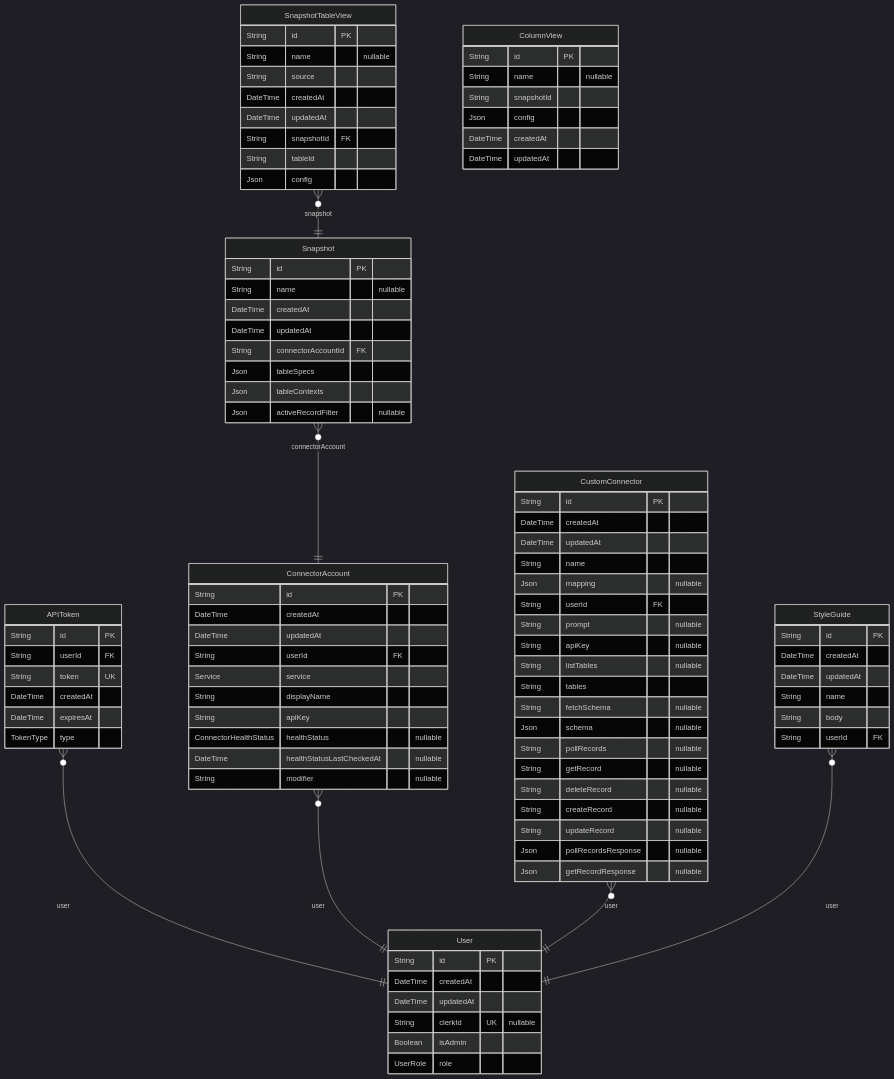
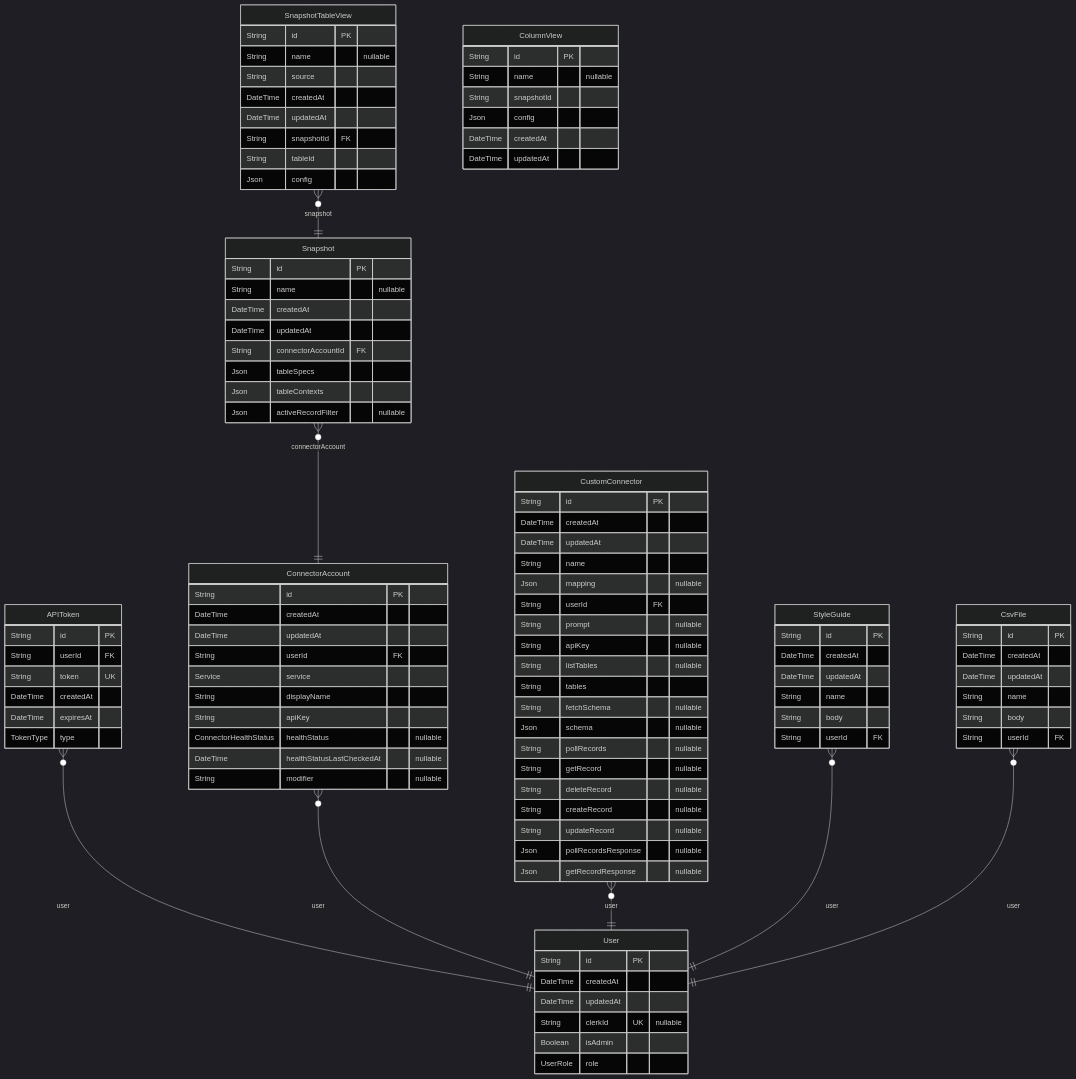
The diagram in server/prisma/ERD.md (whalesync/scratch-cli), drawn with Mermaid (dark theme) before and after one commit. The commit also changed other lines of this file and 33 other files, not shown here.

````diff
--- a/server/prisma/ERD.md
+++ b/server/prisma/ERD.md
@@ -85,6 +85,14 @@
   String body
   String userId FK
 }
+"CsvFile" {
+  String id PK
+  DateTime createdAt
+  DateTime updatedAt
+  String name
+  String body
+  String userId FK
+}
 "ColumnView" {
   String id PK
   String name "nullable"
@@ -99,4 +107,5 @@
 "CustomConnector" }o--|| "User" : user
 "SnapshotTableView" }o--|| "Snapshot" : snapshot
 "StyleGuide" }o--|| "User" : user
+"CsvFile" }o--|| "User" : user
 ```
````
